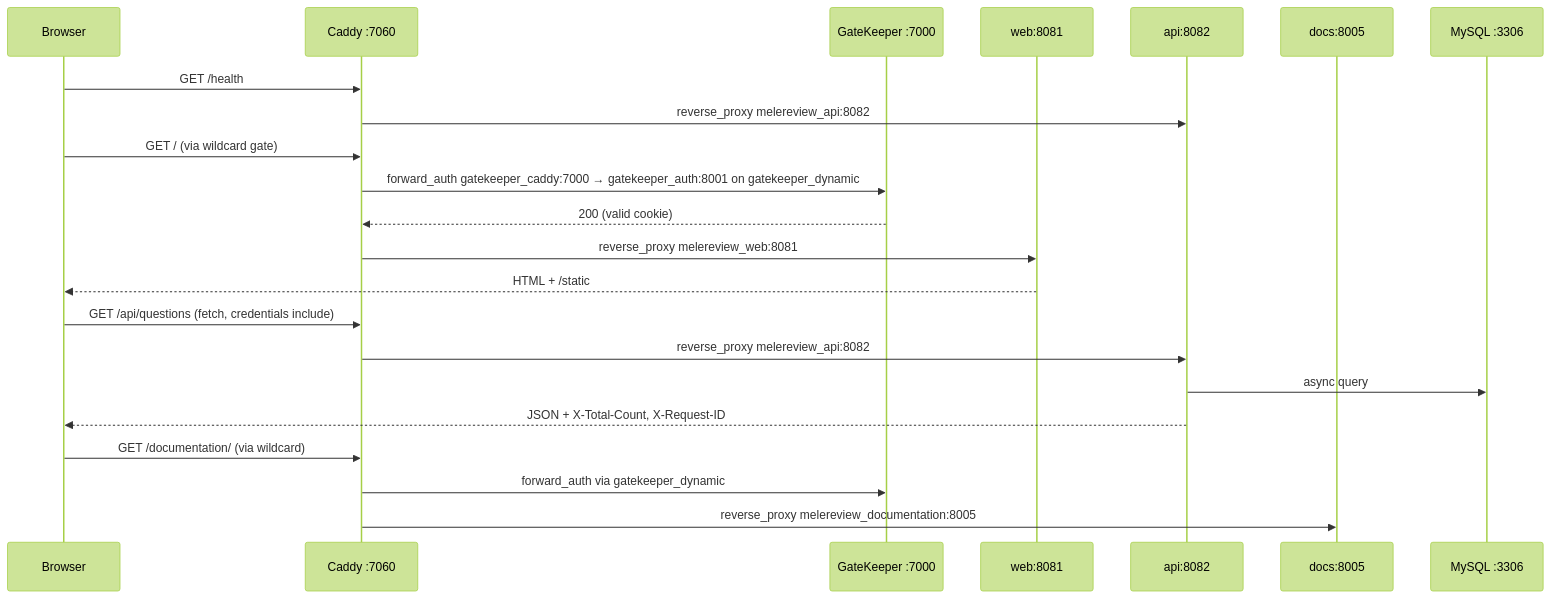
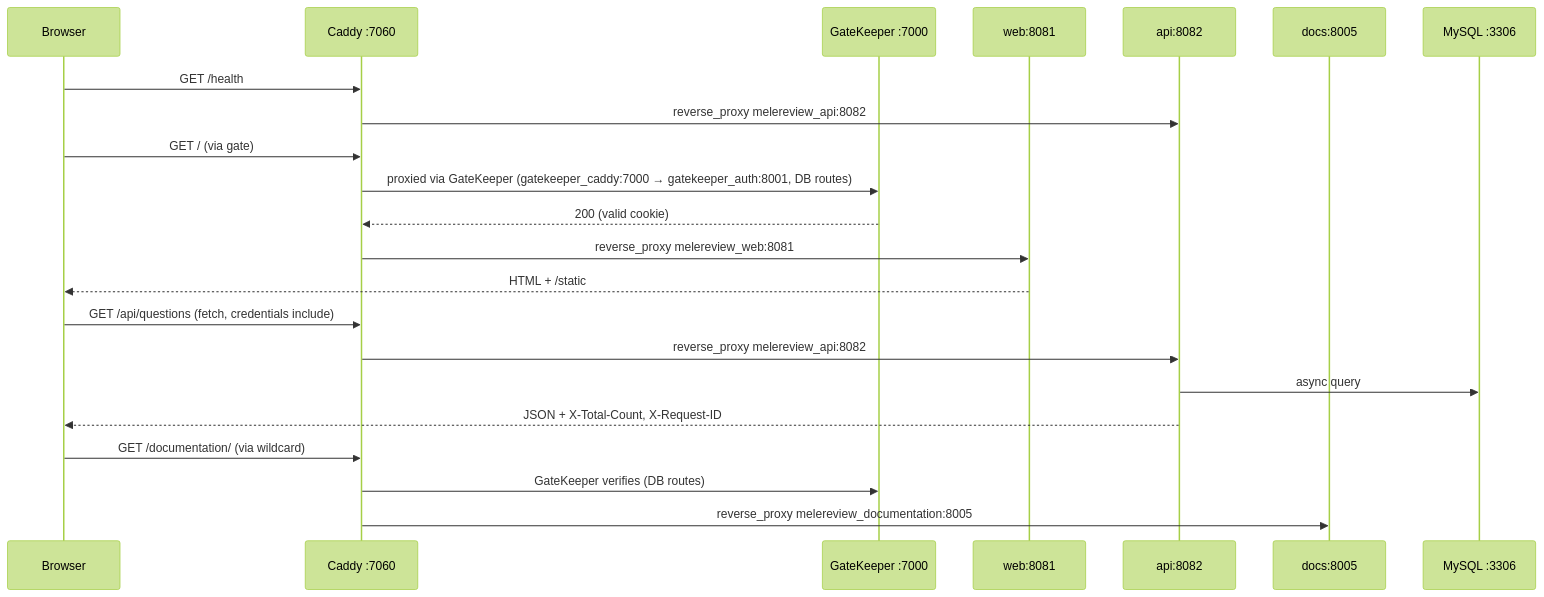
The first of 2 diagrams in documentation/docs/architecture.md (NovaProtocol/MELEReviewSite), drawn with Mermaid (forest theme) before and after one commit. The commit also changed other lines of this file and 17 other files, not shown here.

````diff
--- a/documentation/docs/architecture.md
+++ b/documentation/docs/architecture.md
@@ -17,28 +17,28 @@
 ```mermaid
 sequenceDiagram
-    participant B as Browser
-    participant C as Caddy :7060
-    participant G as GateKeeper :7000
-    participant W as web:8081
-    participant A as api:8082
-    participant D as docs:8005
-    participant M as MySQL :3306
+ participant B as Browser
+ participant C as Caddy :7060
+ participant G as GateKeeper :7000
+ participant W as web:8081
+ participant A as api:8082
+ participant D as docs:8005
+ participant M as MySQL :3306
 
-    B->>C: GET /health
-    C->>A: reverse_proxy melereview_api:8082
+ B->>C: GET /health
+ C->>A: reverse_proxy melereview_api:8082
 
-    B->>C: GET / (via wildcard gate)
-    C->>G: forward_auth gatekeeper_caddy:7000 → gatekeeper_auth:8001 on gatekeeper_dynamic
-    G-->>C: 200 (valid cookie)
-    C->>W: reverse_proxy melereview_web:8081
-    W-->>B: HTML + /static
+ B->>C: GET / (via gate)
+ C->>G: proxied via GateKeeper (gatekeeper_caddy:7000 → gatekeeper_auth:8001, DB routes)
+ G-->>C: 200 (valid cookie)
+ C->>W: reverse_proxy melereview_web:8081
+ W-->>B: HTML + /static
 
-    B->>C: GET /api/questions (fetch, credentials include)
-    C->>A: reverse_proxy melereview_api:8082
-    A->>M: async query
-    A-->>B: JSON + X-Total-Count, X-Request-ID
+ B->>C: GET /api/questions (fetch, credentials include)
+ C->>A: reverse_proxy melereview_api:8082
+ A->>M: async query
+ A-->>B: JSON + X-Total-Count, X-Request-ID
 
-    B->>C: GET /documentation/ (via wildcard)
-    C->>G: forward_auth via gatekeeper_dynamic
-    C->>D: reverse_proxy melereview_documentation:8005
+ B->>C: GET /documentation/ (via wildcard)
+ C->>G: GateKeeper verifies (DB routes)
+ C->>D: reverse_proxy melereview_documentation:8005
 ```
````
